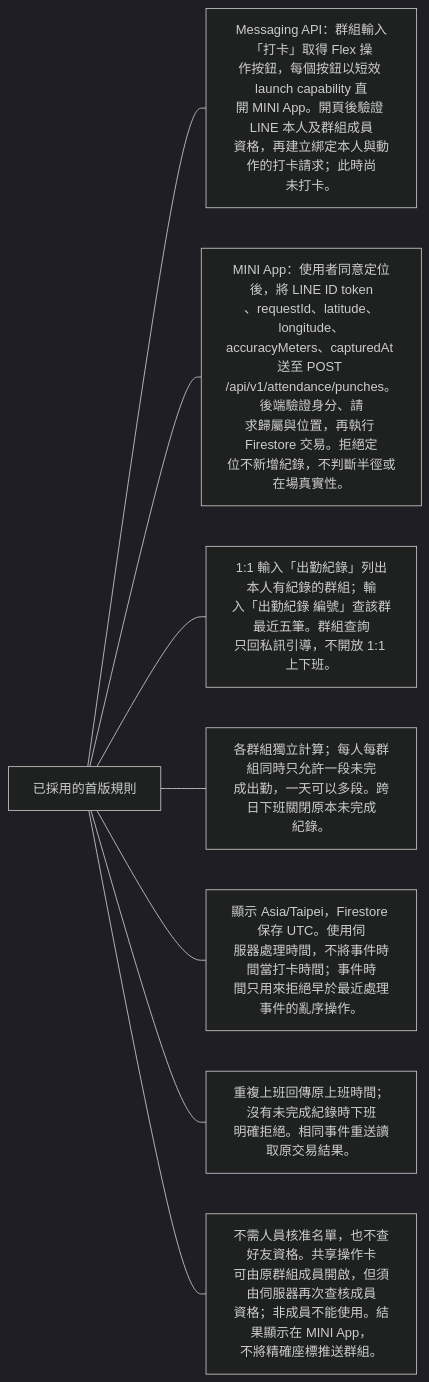
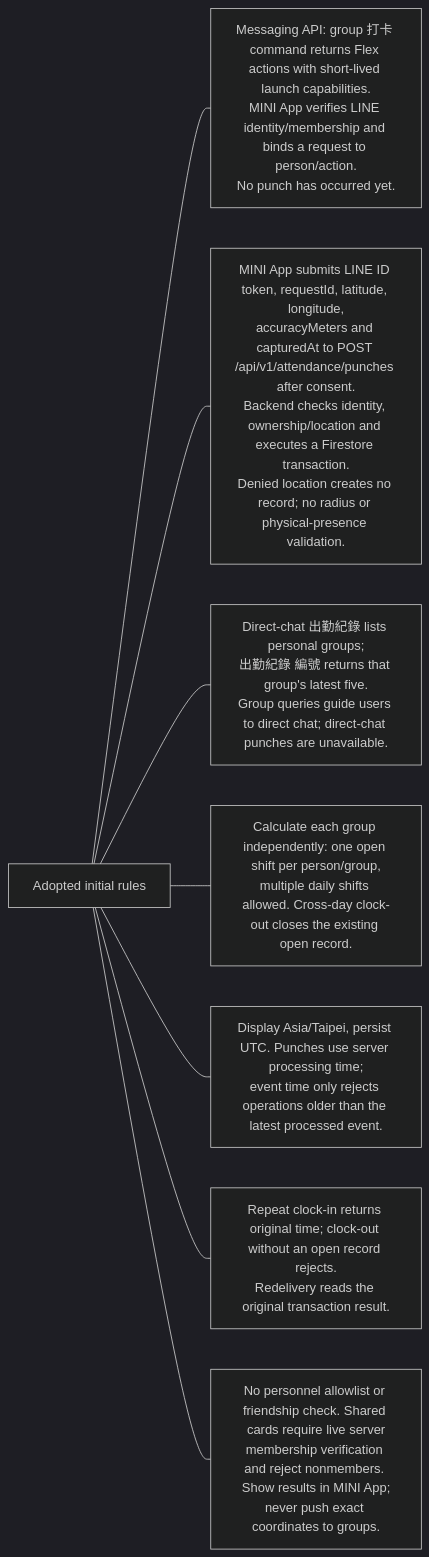
One commit to 963sup/line-mini-app-bot changed the fifth of 15 diagrams in docs/domains/attendance/README.md. Above: the diagram before and after it, drawn with Mermaid (dark theme). The commit also changed other lines of this file and 341 other files, not shown here.

````diff
--- a/docs/domains/attendance/README.md
+++ b/docs/domains/attendance/README.md
@@ -109,11 +123,11 @@
 ```mermaid
 flowchart LR
-  h["已採用的首版規則"]
-  h --- n0["Messaging API：群組輸入「打卡」取得 Flex 操<br/>作按鈕，每個按鈕以短效 launch capability 直<br/>開 MINI App。開頁後驗證 LINE 本人及群組成員<br/>資格，再建立綁定本人與動作的打卡請求；此時尚<br/>未打卡。"]
-  h --- n1["MINI App：使用者同意定位後，將 LINE ID token<br/>、requestId、latitude、longitude、<br/>accuracyMeters、capturedAt 送至 POST <br/>/api/v1/attendance/punches。後端驗證身分、請<br/>求歸屬與位置，再執行 Firestore 交易。拒絕定<br/>位不新增紀錄，不判斷半徑或在場真實性。"]
-  h --- n2["1:1 輸入「出勤紀錄」列出本人有紀錄的群組；輸<br/>入「出勤紀錄 編號」查該群最近五筆。群組查詢<br/>只回私訊引導，不開放 1:1 上下班。"]
-  h --- n3["各群組獨立計算；每人每群組同時只允許一段未完<br/>成出勤，一天可以多段。跨日下班關閉原本未完成<br/>紀錄。"]
-  h --- n4["顯示 Asia/Taipei，Firestore 保存 UTC。使用伺<br/>服器處理時間，不將事件時間當打卡時間；事件時<br/>間只用來拒絕早於最近處理事件的亂序操作。"]
-  h --- n5["重複上班回傳原上班時間；沒有未完成紀錄時下班<br/>明確拒絕。相同事件重送讀取原交易結果。"]
-  h --- n6["不需人員核准名單，也不查好友資格。共享操作卡<br/>可由原群組成員開啟，但須由伺服器再次查核成員<br/>資格；非成員不能使用。結果顯示在 MINI App，<br/>不將精確座標推送群組。"]
+  h["Adopted initial rules"]
+  h --- n0["Messaging API: group 打卡 command returns Flex actions with short-lived launch capabilities.<br/>MINI App verifies LINE identity/membership and binds a request to person/action.<br/>No punch has occurred yet."]
+  h --- n1["MINI App submits LINE ID token, requestId, latitude, longitude,<br/>accuracyMeters and capturedAt to POST /api/v1/attendance/punches after consent.<br/>Backend checks identity, ownership/location and executes a Firestore transaction.<br/>Denied location creates no record; no radius or physical-presence validation."]
+  h --- n2["Direct-chat 出勤紀錄 lists personal groups;<br/>出勤紀錄 編號 returns that group's latest five.<br/>Group queries guide users to direct chat; direct-chat punches are unavailable."]
+  h --- n3["Calculate each group independently: one open shift per person/group,<br/>multiple daily shifts allowed. Cross-day clock-out closes the existing open record."]
+  h --- n4["Display Asia/Taipei, persist UTC. Punches use server processing time;<br/>event time only rejects operations older than the latest processed event."]
+  h --- n5["Repeat clock-in returns original time; clock-out without an open record rejects.<br/>Redelivery reads the original transaction result."]
+  h --- n6["No personnel allowlist or friendship check. Shared cards require live server<br/>membership verification and reject nonmembers. Show results in MINI App;<br/>never push exact coordinates to groups."]
 ```
````
